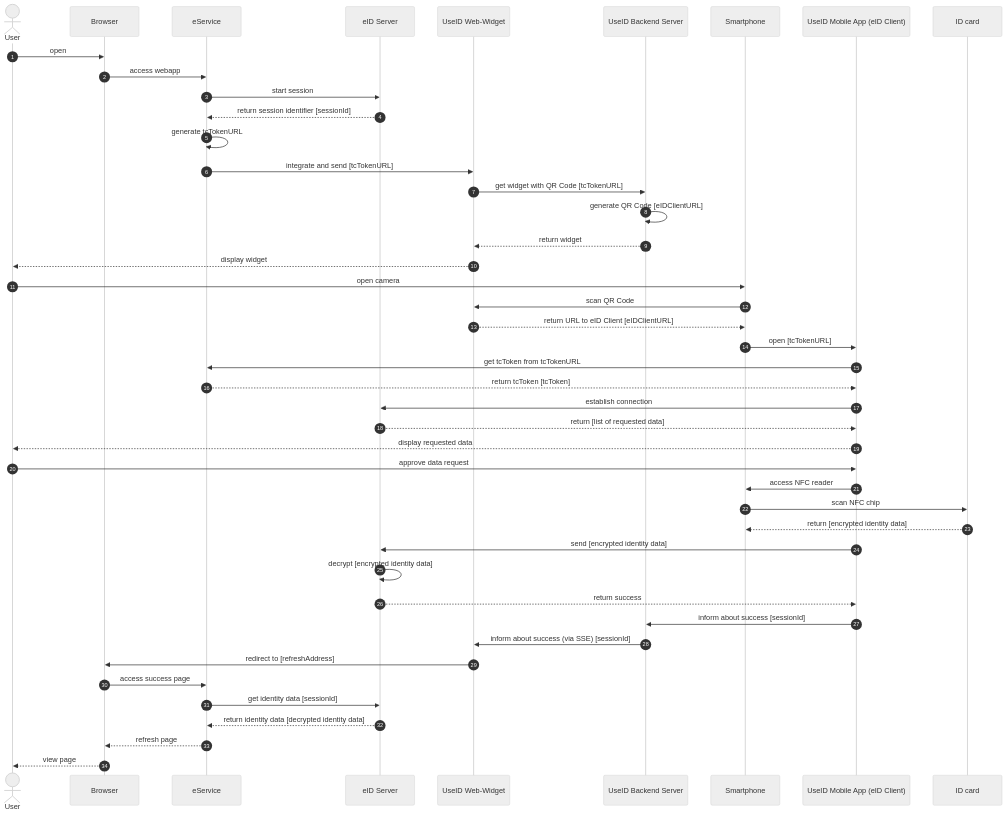
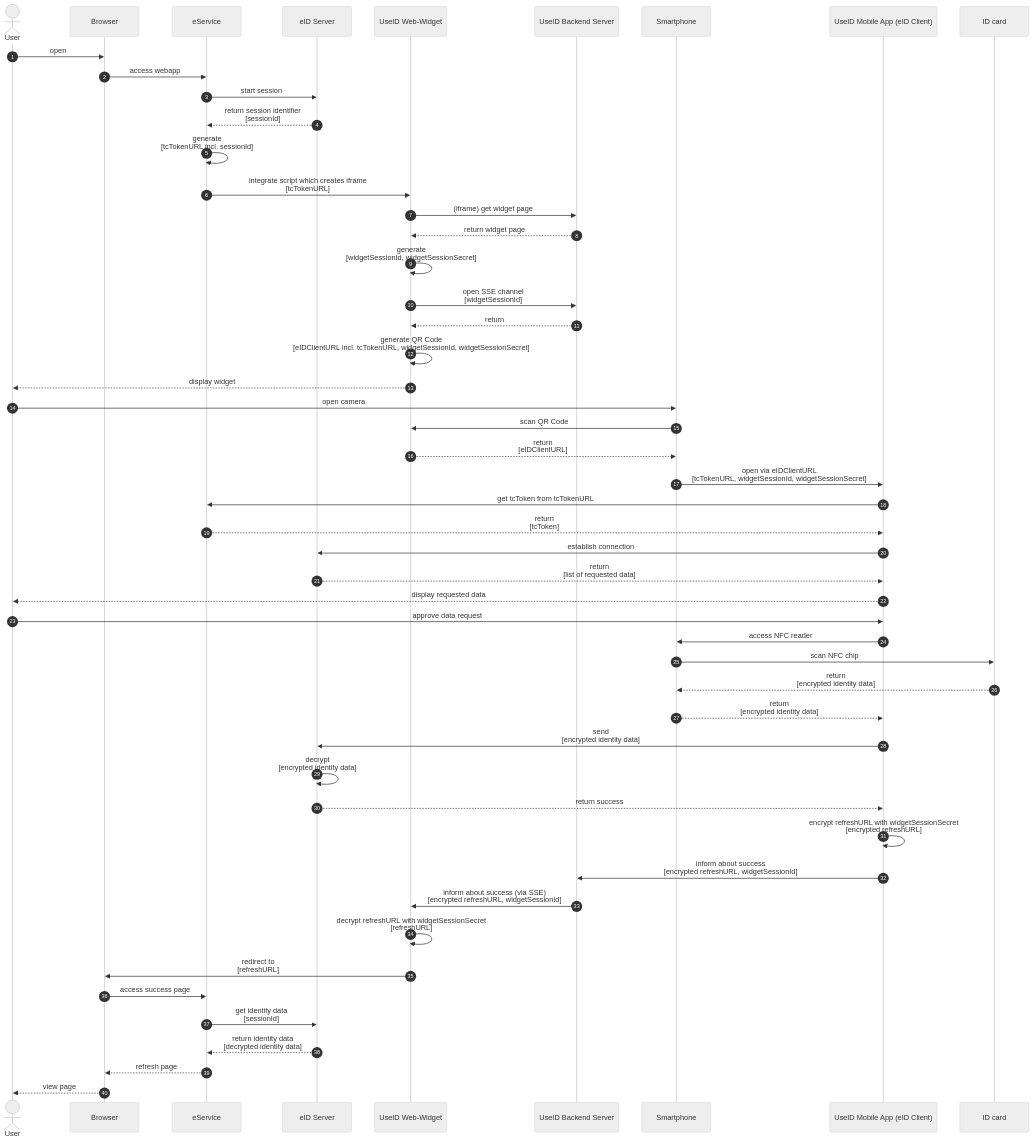
One commit to digitalservice4germany/useid-architecture changed the diagram in doc/eID/eid-flow-magnus.md. Above: the diagram before and after it, drawn with Mermaid (neutral theme). The commit also changed 1 other file, not shown here.

Commit message:
Update sequence diagrams: add encryption for refresh address to the flow; move generation of QR code from backend to widget

````diff
--- a/doc/eID/eid-flow-magnus.md
+++ b/doc/eID/eid-flow-magnus.md
@@ -6,49 +6,55 @@
 ```mermaid
 sequenceDiagram
     autonumber
     
     actor user as User
     participant browser as Browser
     participant eService as eService
     participant server as eID Server
     participant widget as UseID Web-Widget
     participant backend as UseID Backend Server
     participant smartphone as Smartphone
     participant app as UseID Mobile App (eID Client)
     participant id as ID card
     
     user ->> browser: open
     browser ->> eService: access webapp
     eService ->> server: start session
-    server -->> eService: return session identifier [sessionId]
-    eService ->> eService: generate tcTokenURL
-    eService ->> widget: integrate and send [tcTokenURL]
-    widget ->> backend: get widget with QR Code [tcTokenURL]
-    backend ->> backend: generate QR Code [eIDClientURL]
-    backend -->> widget: return widget
+    server -->> eService: return session identifier <br>[sessionId]
+    eService ->> eService: generate <br>[tcTokenURL incl. sessionId]
+    eService ->> widget: integrate script which creates iframe <br>[tcTokenURL]
+    widget ->> backend: (iframe) get widget page
+    backend -->> widget: return widget page
+    widget ->> widget: generate <br>[widgetSessionId, widgetSessionSecret]
+    widget ->> backend: open SSE channel <br>[widgetSessionId]
+    backend -->> widget: return
+    widget ->> widget: generate QR Code <br>[eIDClientURL incl. tcTokenURL, widgetSessionId, widgetSessionSecret]
     widget -->> user: display widget
     user ->> smartphone: open camera
     smartphone ->> widget: scan QR Code
-    widget -->> smartphone: return URL to eID Client [eIDClientURL]
-    smartphone ->> app: open [tcTokenURL]
+    widget -->> smartphone: return <br>[eIDClientURL]
+    smartphone ->> app: open via eIDClientURL <br>[tcTokenURL, widgetSessionId, widgetSessionSecret]
     app ->> eService: get tcToken from tcTokenURL
-    eService -->> app: return tcToken [tcToken]
+    eService -->> app: return <br>[tcToken]
     app ->> server: establish connection
-    server -->> app: return [list of requested data]
+    server -->> app: return <br>[list of requested data]
     app -->> user: display requested data
     user ->> app: approve data request
     app ->> smartphone: access NFC reader
     smartphone ->> id: scan NFC chip
-    id -->> smartphone: return [encrypted identity data]
-    app ->> server: send [encrypted identity data]
-    server ->> server: decrypt [encrypted identity data]
+    id -->> smartphone: return <br>[encrypted identity data]
+    smartphone -->> app: return <br>[encrypted identity data]
+    app ->> server: send <br>[encrypted identity data]
+    server ->> server: decrypt <br>[encrypted identity data]
     server -->> app: return success
-    app ->> backend: inform about success [sessionId]
-    backend ->> widget: inform about success (via SSE) [sessionId]
-    widget ->> browser: redirect to [refreshAddress]
+    app ->> app: encrypt refreshURL with widgetSessionSecret <br>[encrypted refreshURL]
+    app ->> backend: inform about success <br>[encrypted refreshURL, widgetSessionId]
+    backend ->> widget: inform about success (via SSE) <br>[encrypted refreshURL, widgetSessionId]
+    widget ->> widget: decrypt refreshURL with widgetSessionSecret <br>[refreshURL]
+    widget ->> browser: redirect to <br>[refreshURL]
     browser ->> eService: access success page
-    eService ->> server: get identity data [sessionId]
-    server -->> eService: return identity data [decrypted identity data]
+    eService ->> server: get identity data <br>[sessionId]
+    server -->> eService: return identity data <br>[decrypted identity data]
     eService -->> browser: refresh page
     browser -->> user: view page
 ```
````
